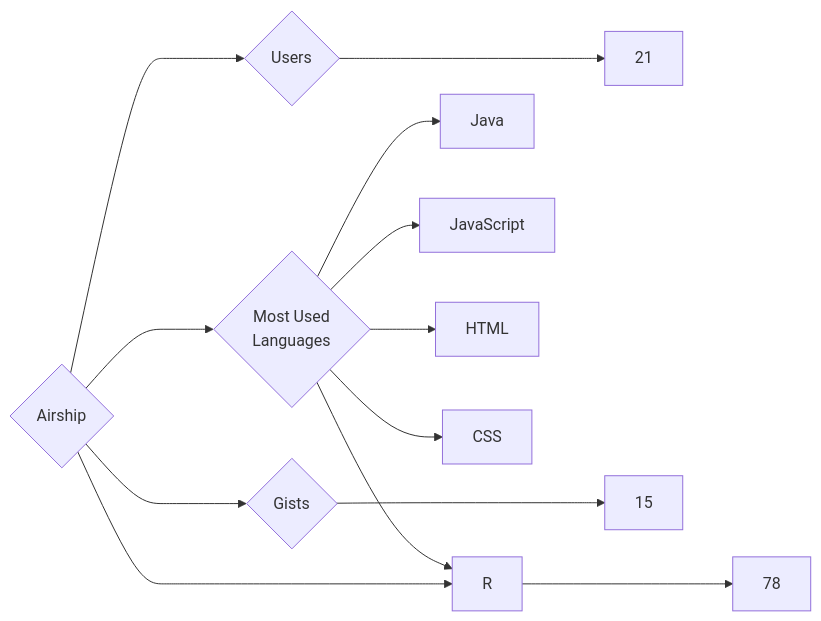
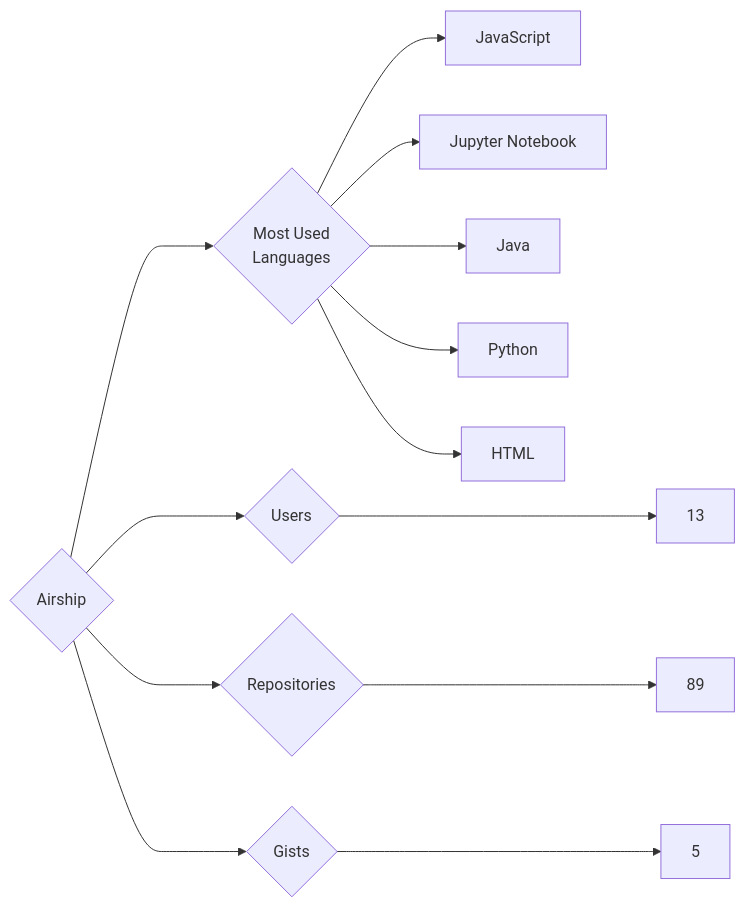
The diagram in targets/Airship/README.md (trickest/insiders), drawn with Mermaid before and after one commit. The commit also changed 870 other files, not shown here.

````diff
--- a/targets/Airship/README.md
+++ b/targets/Airship/README.md
@@ -3,13 +3,13 @@
 ```mermaid
 graph LR
 COMPANY_NAME{Airship}
-COMPANY_NAME ---> U{Users} ---> UN[21]
-COMPANY_NAME ---> R{Repositories} ---> RN[78]
-COMPANY_NAME ---> G{Gists} ---> GN[15]
+COMPANY_NAME ---> U{Users} ---> UN[13]
+COMPANY_NAME ---> R{Repositories} ---> RN[89]
+COMPANY_NAME ---> G{Gists} ---> GN[5]
 COMPANY_NAME ---> ML{Most Used<br>Languages}
+ML --> JavaScript[JavaScript]
+ML --> Jupyter_Notebook[Jupyter Notebook]
 ML --> Java[Java]
-ML --> JavaScript[JavaScript]
+ML --> Python[Python]
 ML --> HTML[HTML]
-ML --> CSS[CSS]
-ML --> R[R]
 ```
````
